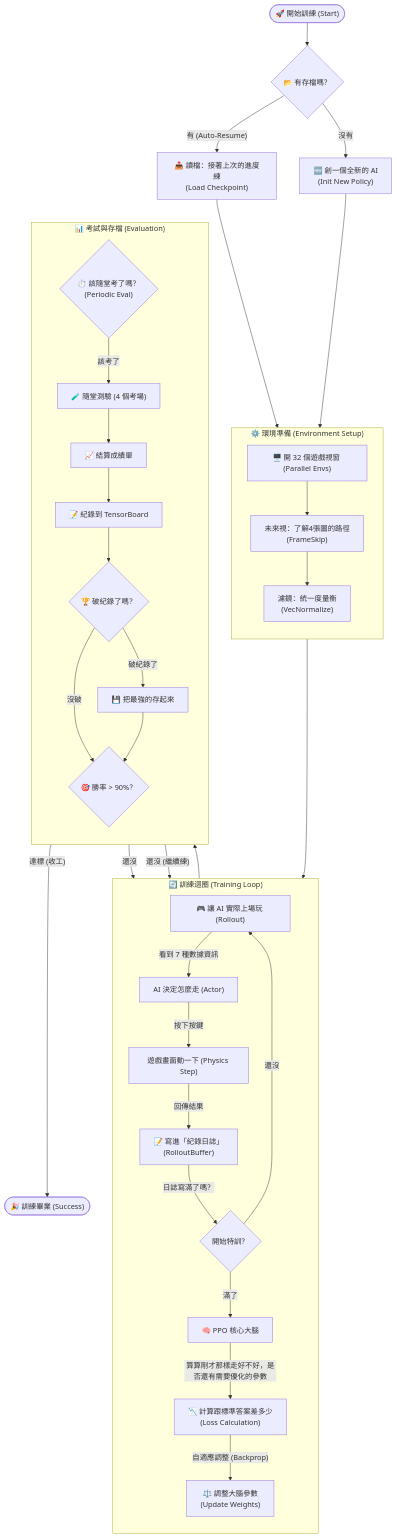
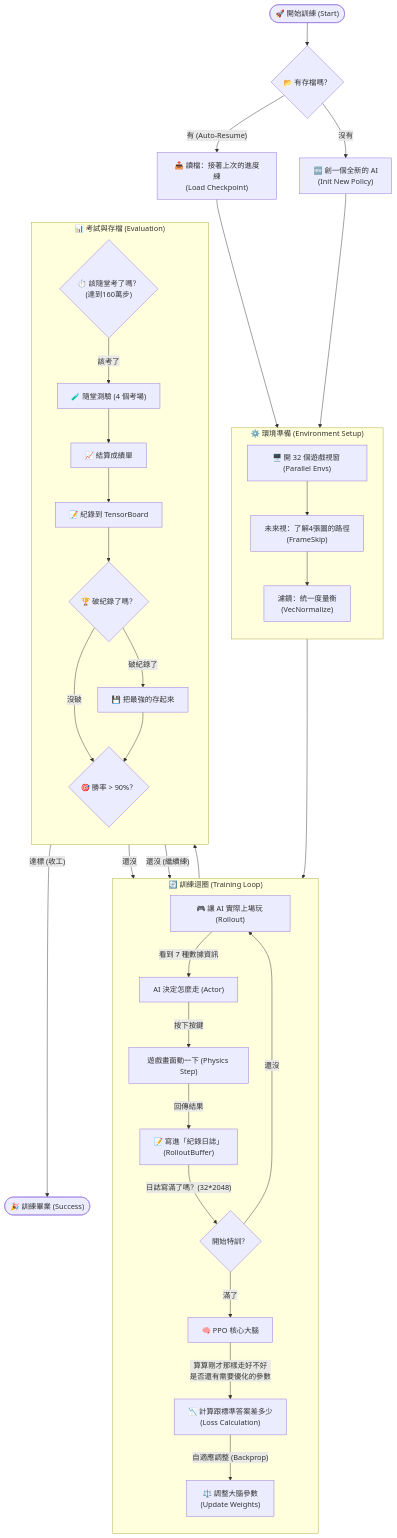
One commit to SmailDot/train_game changed the first of 3 diagrams in README.md. Above: the diagram before and after it, drawn with Mermaid.

````diff
--- a/README.md
+++ b/README.md
@@ -67,64 +67,64 @@
 ```mermaid
 graph TD
     %% === Start & Init ===
     Start(["🚀 開始訓練 (Start)"]) --> CheckCkp{"📂 有存檔嗎？"}
     
     CheckCkp -- "有 (Auto-Resume)" --> Load["📥 讀檔：接著上次的進度練<br>(Load Checkpoint)"]
     CheckCkp -- "沒有" --> Init["🆕 創一個全新的 AI<br>(Init New Policy)"]
     
     Load --> Envs
     Init --> Envs
 
     %% === Environment Setup ===
     subgraph EnvSetup ["⚙️ 環境準備 (Environment Setup)"]
         direction TB
         Envs["🖥️ 開 32 個遊戲視窗 (Parallel Envs)"]
         Envs --> Wrap1["未來視：了解4張圖的路徑<br>(FrameSkip)"]
         Wrap1 --> Wrap2["濾鏡：統一度量衡<br>(VecNormalize)"]
     end
 
     Wrap2 --> Rollout
 
     %% === Training Loop ===
     subgraph TrainLoop ["🔄 訓練迴圈 (Training Loop)"]
         direction TB
         
         %% Step 1: Interaction
         Rollout["🎮 讓 AI 實際上場玩 (Rollout)"]
         Rollout -- "看到 7 種數據資訊" --> Agent["AI 決定怎麼走 (Actor)"]
         Agent -- "按下按鍵" --> Step["遊戲畫面動一下 (Physics Step)"]
         
         %% Step 2: Feedback
         Step -- "回傳結果 " --> Buffer["📝 寫進「紀錄日誌」<br>(RolloutBuffer)"]
         
         %% Step 3: Optimization
-        Buffer -- "日誌寫滿了嗎？" --> Update{"開始特訓？"}
+        Buffer -- "日誌寫滿了嗎？(32*2048)" --> Update{"開始特訓？"}
         Update -- "還沒" --> Rollout
         Update -- "滿了" --> Algo["🧠 PPO 核心大腦"]
         
-        Algo -- "算算剛才那樣走好不好，是否還有需要優化的參數" --> Loss["📉 計算跟標準答案差多少<br>(Loss Calculation)"]
+        Algo -- "算算剛才那樣走好不好<br>是否還有需要優化的參數" --> Loss["📉 計算跟標準答案差多少<br>(Loss Calculation)"]
         Loss -- "自適應調整 (Backprop)" --> Opt["⚖️ 調整大腦參數<br>(Update Weights)"]
     end
 
-    Opt --> EvalCheck{"⏱️ 該隨堂考了嗎？<br>(Periodic Eval)"}
+    Opt --> EvalCheck{"⏱️ 該隨堂考了嗎？<br>(達到160萬步)"}
     EvalCheck -- "還沒" --> Rollout
 
     %% === Evaluation & Save ===
     subgraph EvalLoop ["📊 考試與存檔 (Evaluation)"]
         direction TB
         EvalCheck -- "該考了" --> Test["🧪 隨堂測驗 (4 個考場)"]
         Test --> Metrics["📈 結算成績單"]
         
         Metrics --> Log["📝 紀錄到 TensorBoard"]
         Log --> SaveBest{"🏆 破紀錄了嗎？"}
         
         SaveBest -- "破紀錄了" --> Save1["💾 把最強的存起來"]
         SaveBest -- "沒破" --> GoalCheck
         Save1 --> GoalCheck
         
         GoalCheck{"🎯 勝率 > 90%？"}
     end
 
     GoalCheck -- "還沒 (繼續練)" --> Rollout
     GoalCheck -- "達標 (收工)" --> Stop(["🎉 訓練畢業 (Success)"])
 ```
````
